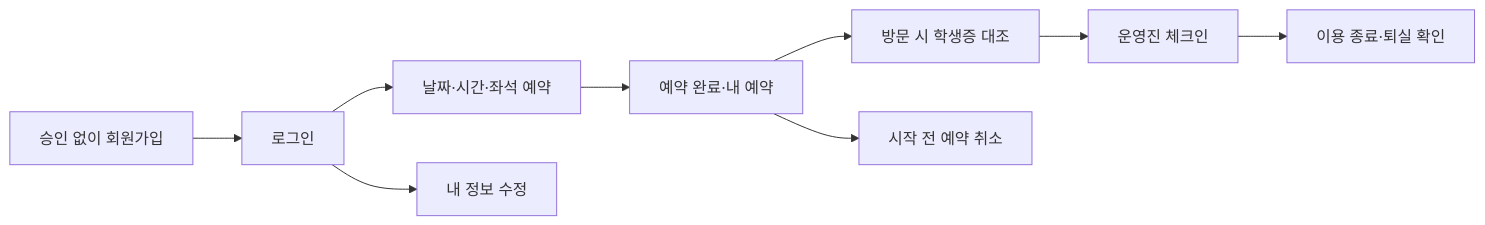
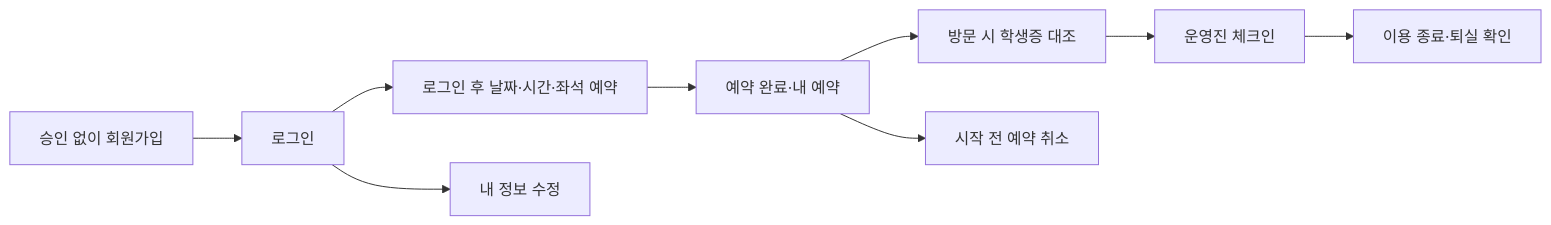
One commit to playjaehoon/HUFS_Esports_Lab changed the diagram in docs/02-product-spec.md. Above: the diagram before and after it, drawn with Mermaid. The commit also changed other lines of this file and 30 other files, not shown here.

````diff
--- a/docs/02-product-spec.md
+++ b/docs/02-product-spec.md
@@ -9,11 +9,11 @@
 ```mermaid
 flowchart LR
     A[승인 없이 회원가입] --> B[로그인]
-    B --> C[날짜·시간·좌석 예약]
+    B --> C[로그인 후 날짜·시간·좌석 예약]
     C --> D[예약 완료·내 예약]
     D --> E[방문 시 학생증 대조]
     E --> F[운영진 체크인]
     F --> G[이용 종료·퇴실 확인]
     D --> H[시작 전 예약 취소]
     B --> I[내 정보 수정]
 ```
````
